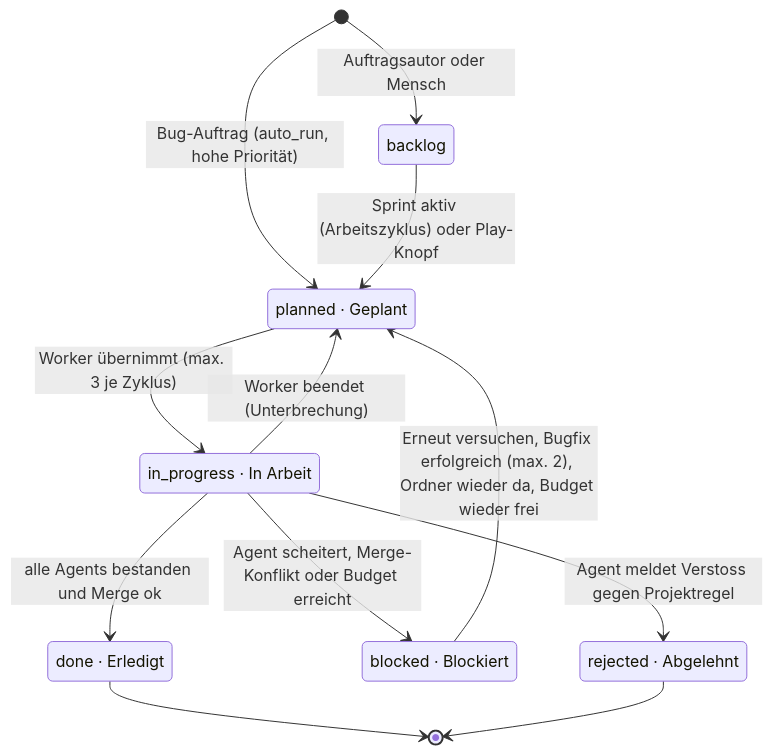
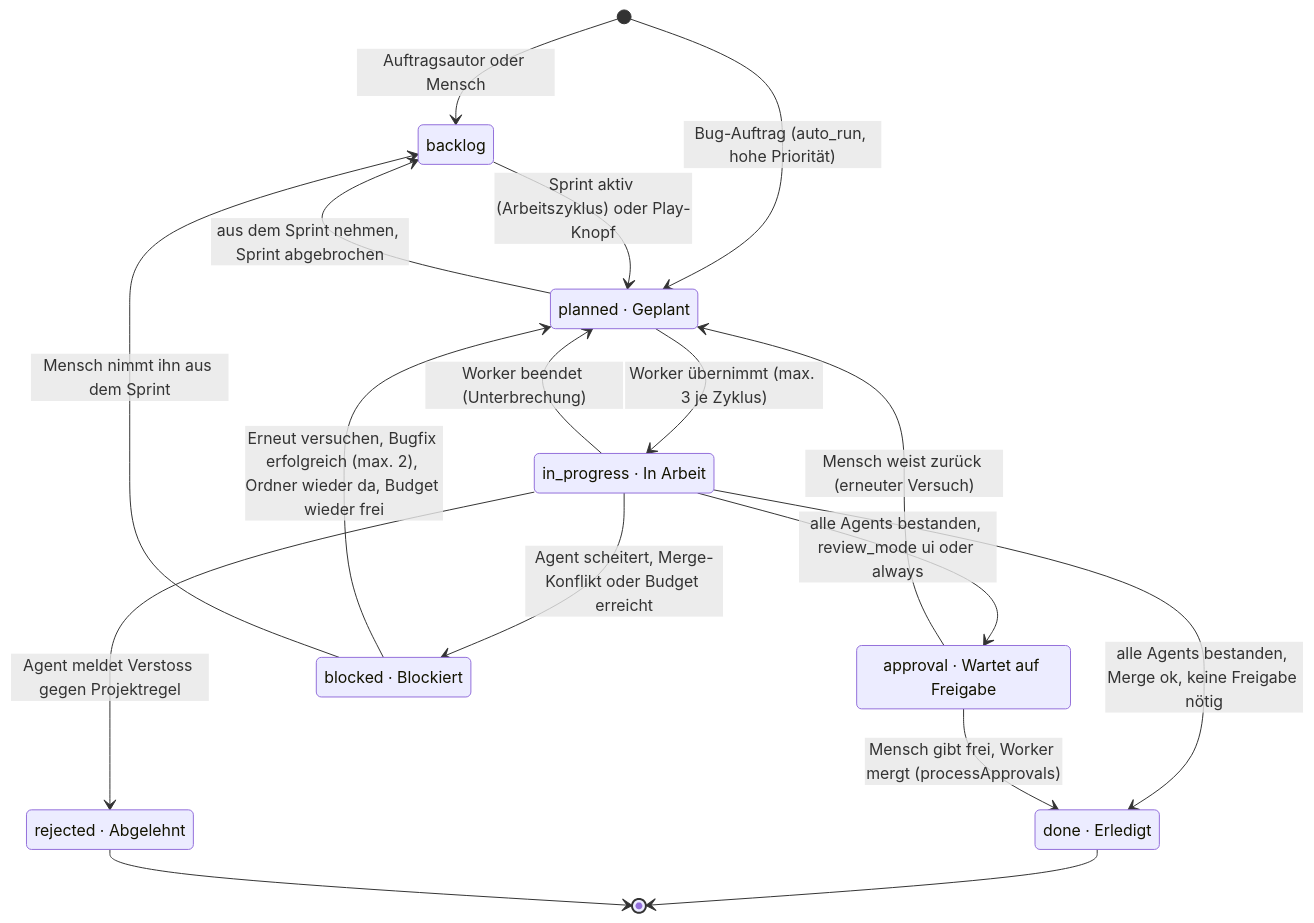
The third of 9 diagrams in docs/laufzeit.md (zaaaazzy/AutoDEV), drawn with Mermaid before and after one commit. The commit also changed other lines of this file and 8 other files, not shown here.

First line of the commit message:
docs: Dokumentation an den Code angleichen und Diagramme ergänzen

````diff
--- a/docs/laufzeit.md
+++ b/docs/laufzeit.md
@@ -106,20 +109,26 @@
 ```mermaid
 stateDiagram-v2
   state "backlog" as backlog
   state "planned · Geplant" as planned
   state "in_progress · In Arbeit" as inprog
   state "done · Erledigt" as done
+  state "approval · Wartet auf Freigabe" as approval
   state "blocked · Blockiert" as blocked
   state "rejected · Abgelehnt" as rejected
   [*] --> backlog : Auftragsautor oder Mensch
   [*] --> planned : Bug-Auftrag (auto_run, hohe Priorität)
   backlog --> planned : Sprint aktiv (Arbeitszyklus) oder Play-Knopf
+  planned --> backlog : aus dem Sprint nehmen, Sprint abgebrochen
   planned --> inprog : Worker übernimmt (max. 3 je Zyklus)
-  inprog --> done : alle Agents bestanden und Merge ok
+  inprog --> done : alle Agents bestanden, Merge ok, keine Freigabe nötig
+  inprog --> approval : alle Agents bestanden, review_mode ui oder always
+  approval --> done : Mensch gibt frei, Worker mergt (processApprovals)
+  approval --> planned : Mensch weist zurück (erneuter Versuch)
   inprog --> blocked : Agent scheitert, Merge-Konflikt oder Budget erreicht
   inprog --> rejected : Agent meldet Verstoss gegen Projektregel
   inprog --> planned : Worker beendet (Unterbrechung)
   blocked --> planned : Erneut versuchen, Bugfix erfolgreich (max. 2), Ordner wieder da, Budget wieder frei
+  blocked --> backlog : Mensch nimmt ihn aus dem Sprint
   done --> [*]
   rejected --> [*]
 ```
````
